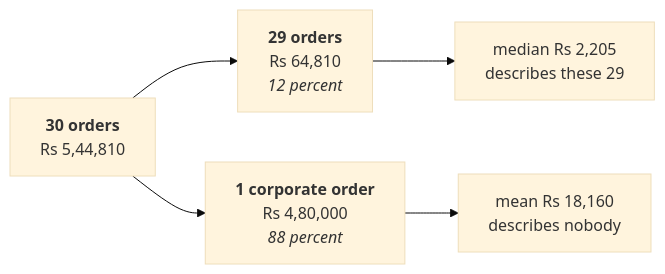
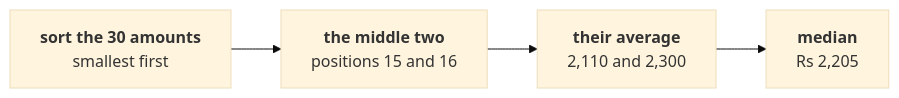
Before and after one commit to fde-academy-lab/c2-content-factory: the fourth of 7 diagrams in content/W01/D1/slides/C2_W01_D01_half2_STUDENT.md, drawn with Mermaid (base theme). The commit also changed other lines of this file and 3 other files, not shown here.

````diff
--- a/content/W01/D1/slides/C2_W01_D01_half2_STUDENT.md
+++ b/content/W01/D1/slides/C2_W01_D01_half2_STUDENT.md
@@ -176,7 +364,4 @@
 ```mermaid
 flowchart LR
-    A["<b>30 orders</b><br/>Rs 5,44,810"] --> B["<b>29 orders</b><br/>Rs 64,810<br/><i>12 percent</i>"]
-    A --> C["<b>1 corporate order</b><br/>Rs 4,80,000<br/><i>88 percent</i>"]
-    B --> D["median Rs 2,205<br/>describes these 29"]
-    C --> E["mean Rs 18,160<br/>describes nobody"]
+    A["<b>sort the 30 amounts</b><br/>smallest first"] --> M["<b>the middle two</b><br/>positions 15 and 16"] --> R["<b>their average</b><br/>2,110 and 2,300"] --> X["<b>median</b><br/>Rs 2,205"]
 ```
````
